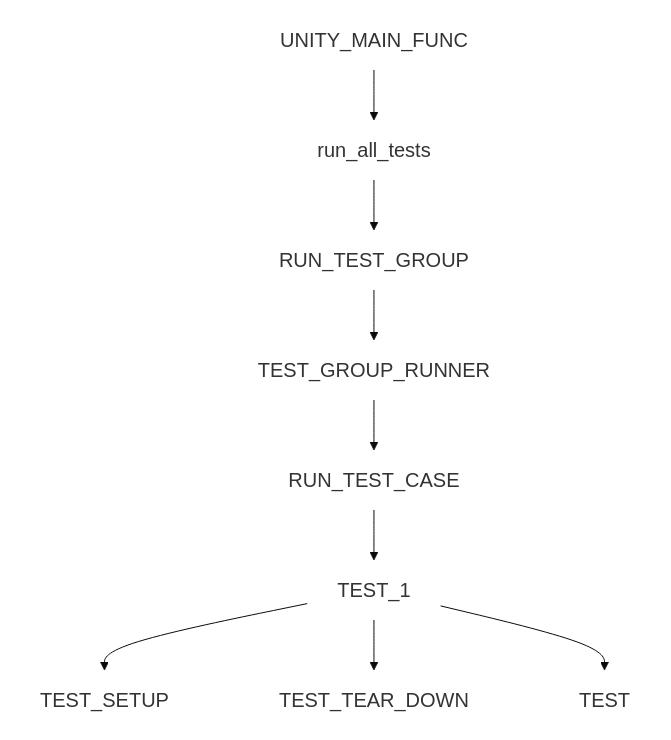
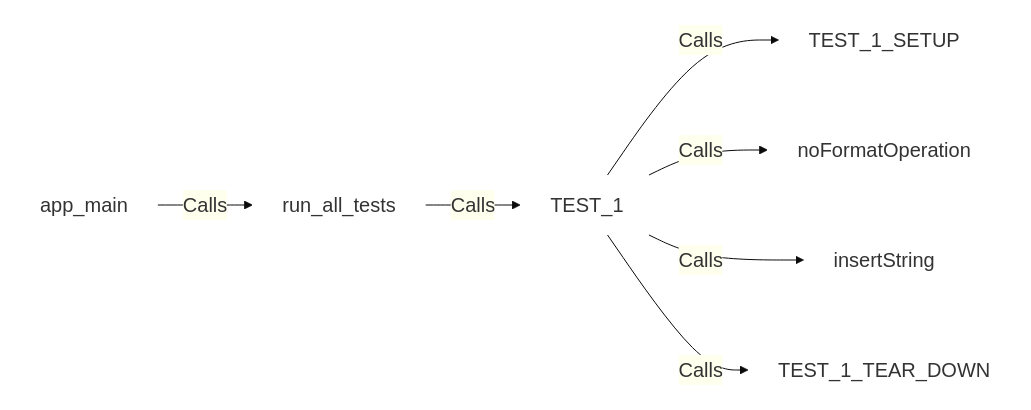
One commit to segin-GH/TDD-4-Embedded changed the diagram in testFixtures/README.md. Above: the diagram before and after it, drawn with Mermaid.

````diff
--- a/testFixtures/README.md
+++ b/testFixtures/README.md
@@ -3,15 +3,12 @@
 ```mermaid
 %%{init: {'theme': 'base', 'themeVariables': { 'primaryColor': '#0000', 'edgeLabelBackground':'#ffffee','fontSize':'20px', 'tertiaryColor': '#fff0f0'}}}%%
 
-graph TD
-
-UNITY_MAIN_FUNC --> run_all_tests
-run_all_tests --> RUN_TEST_GROUP
-RUN_TEST_GROUP --> TEST_GROUP_RUNNER
-TEST_GROUP_RUNNER --> RUN_TEST_CASE
-RUN_TEST_CASE --> TEST_1
-TEST_1 --> TEST_SETUP
-TEST_1 --> TEST_TEAR_DOWN
-TEST_1 --> TEST
+graph LR
+A[app_main] -- Calls --> B[run_all_tests]
+B -- Calls --> C[TEST_1]
+C -- Calls --> D[TEST_1_SETUP]
+C -- Calls --> E[noFormatOperation]
+C -- Calls --> F[insertString]
+C -- Calls --> G[TEST_1_TEAR_DOWN]
 
 ```
````
